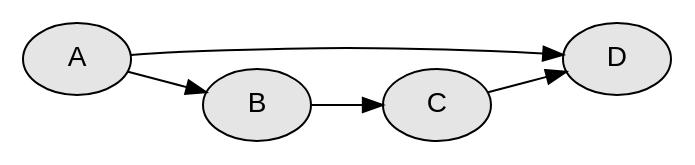
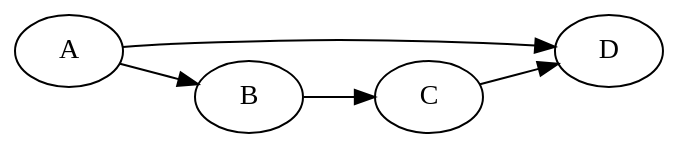
One commit to haroldthimbleby/REED changed the diagram in lib/ABCD.gv. Above: the diagram before and after it, drawn with Graphviz. The commit also changed 39 other files, not shown here.

```diff
--- a/lib/ABCD.gv
+++ b/lib/ABCD.gv
@@ -1,19 +1,20 @@
 digraph {
   compound=true;
+  bgcolor="transparent";
   color=red;
   labelloc=t;
   fontname="Helvetica";
   fontsize=24;
   label="";
   rankdir="LR";
 
-  "D" [fillcolor="gray90"; style=filled; shape=ellipse; fontname="Helvetica"; label="D";];
-  "C" [fillcolor="gray90"; style=filled; shape=ellipse; fontname="Helvetica"; label="C";];
-  "B" [fillcolor="gray90"; style=filled; shape=ellipse; fontname="Helvetica"; label="B";];
-  "A" [fillcolor="gray90"; style=filled; shape=ellipse; fontname="Helvetica"; label="A";];
+  "D" [URL="#D"; label="D";];
+  "C" [URL="#C"; label="C";];
+  "B" [URL="#B"; label="B";];
+  "A" [URL="#A"; label="A";];
 
   "A"->"B";
   "A"->"D";
   "C"->"D";
   "B"->"C";
 }
```
